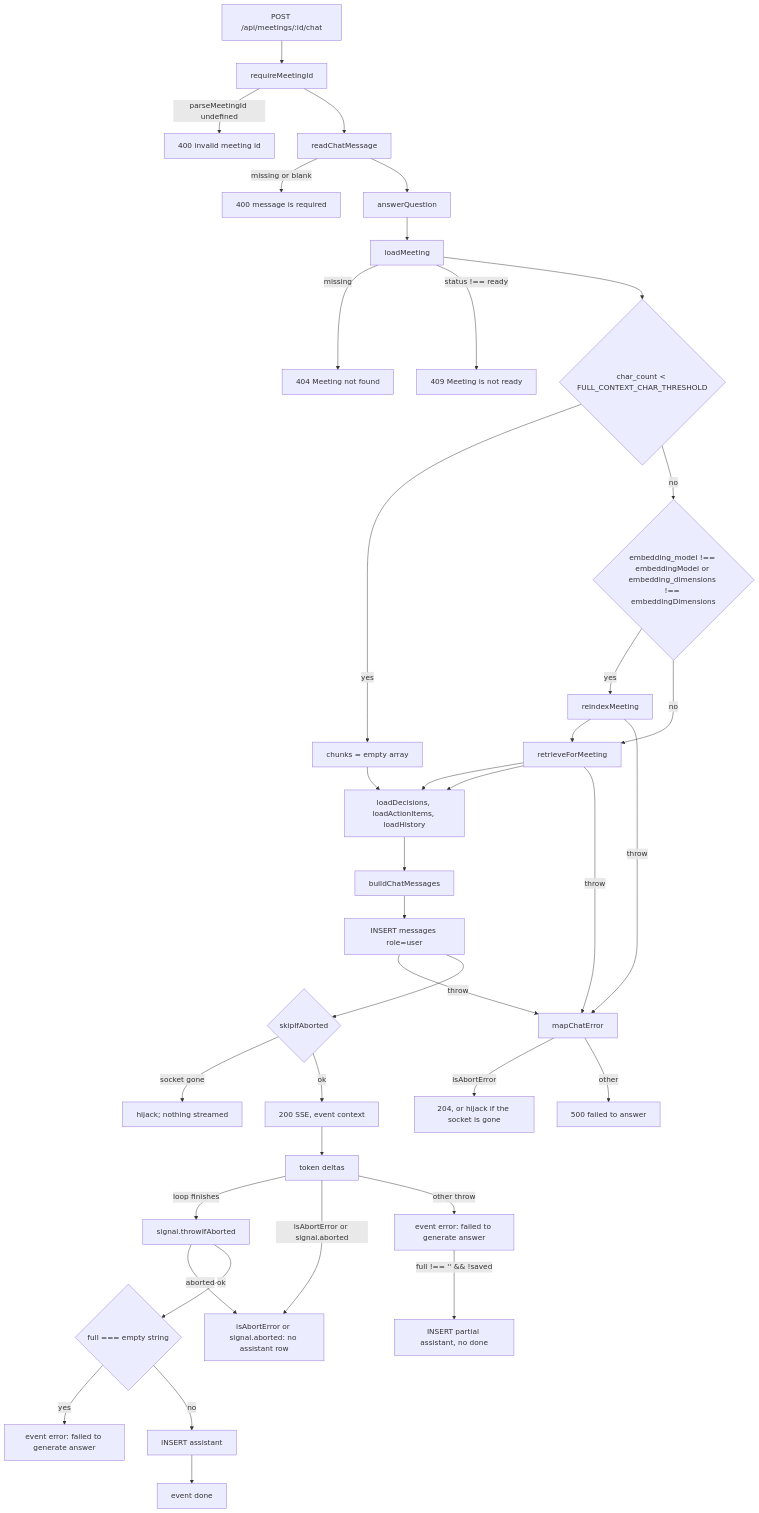
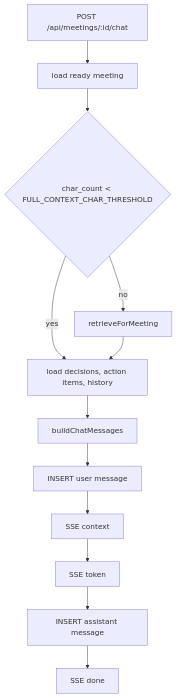
The first of 4 diagrams in docs/flows/retrieval.md (adamrefaey/meeting-intelligence), drawn with Mermaid before and after one commit. The commit also changed other lines of this file and 2 other files, not shown here.

````diff
--- a/docs/flows/retrieval.md
+++ b/docs/flows/retrieval.md
@@ -9,65 +9,19 @@
 ```mermaid
 flowchart TD
   post["POST /api/meetings/:id/chat"]
-  reqId["requireMeetingId"]
-  badId["400 invalid meeting id"]
-  msg["readChatMessage"]
-  badMsg["400 message is required"]
-  answer["answerQuestion"]
-  load["loadMeeting"]
-  nf["404 Meeting not found"]
-  nr["409 Meeting is not ready"]
+  load["load ready meeting"]
   useFull{"char_count < FULL_CONTEXT_CHAR_THRESHOLD"}
-  stale{"embedding_model !== embeddingModel or embedding_dimensions !== embeddingDimensions"}
-  reindex["reindexMeeting"]
   retrieve["retrieveForMeeting"]
-  skip["chunks = empty array"]
-  facts["loadDecisions, loadActionItems, loadHistory"]
+  facts["load decisions, action items, history"]
   prompt["buildChatMessages"]
-  answerFail["mapChatError"]
-  abort204["204, or hijack if the socket is gone"]
-  err500["500 failed to answer"]
-  persistUser["INSERT messages role=user"]
-  beforeSse{"skipIfAborted"}
-  noStream["hijack; nothing streamed"]
-  sse["200 SSE, event context"]
-  tokens["token deltas"]
-  emptyOut{"full === empty string"}
-  persistAsst["INSERT assistant"]
-  doneEvent["event done"]
-  emptyErr["event error: failed to generate answer"]
-  throwErr["event error: failed to generate answer"]
-  persistPartial["INSERT partial assistant, no done"]
-  abortSse["isAbortError or signal.aborted: no assistant row"]
-  postAbort["signal.throwIfAborted"]
+  persistUser["INSERT user message"]
+  context["SSE context"]
+  tokens["SSE token"]
+  persistAsst["INSERT assistant message"]
+  doneEvent["SSE done"]
 
-  post --> reqId
-  reqId -->|parseMeetingId undefined| badId
-  reqId --> msg
-  msg -->|missing or blank| badMsg
-  msg --> answer --> load
-  load -->|missing| nf
-  load -->|status !== ready| nr
-  load --> useFull
-  useFull -->|yes| skip --> facts
-  useFull -->|no| stale
-  stale -->|yes| reindex --> retrieve --> facts
-  stale -->|no| retrieve --> facts
-  reindex -->|throw| answerFail
-  retrieve -->|throw| answerFail
-  answerFail -->|isAbortError| abort204
-  answerFail -->|other| err500
-  facts --> prompt --> persistUser
-  persistUser -->|throw| answerFail
-  persistUser --> beforeSse
-  beforeSse -->|socket gone| noStream
-  beforeSse -->|ok| sse --> tokens
-  tokens -->|loop finishes| postAbort
-  postAbort -->|aborted| abortSse
-  postAbort -->|ok| emptyOut
-  emptyOut -->|yes| emptyErr
-  emptyOut -->|no| persistAsst --> doneEvent
-  tokens -->|isAbortError or signal.aborted| abortSse
-  tokens -->|other throw| throwErr
-  throwErr -->|"full !== '' && !saved"| persistPartial
+  post --> load --> useFull
+  useFull -->|yes| facts
+  useFull -->|no| retrieve --> facts
+  facts --> prompt --> persistUser --> context --> tokens --> persistAsst --> doneEvent
 ```
````
